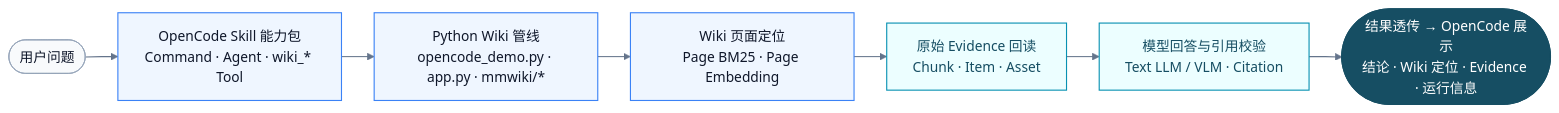
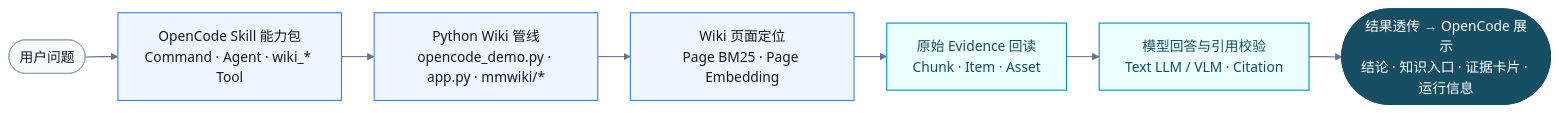
The first of 3 diagrams in .opencode/skills/multimodal-wiki/README.md (yooa722/multimodal-llm-wiki), drawn with Mermaid before and after one commit. The commit also changed other lines of this file and 27 other files, not shown here.

First line of the commit message:
feat: 完善多模态处理路由与 OpenCode 证据展示

````diff
--- a/.opencode/skills/multimodal-wiki/README.md
+++ b/.opencode/skills/multimodal-wiki/README.md
@@ -25,20 +25,20 @@
 ```mermaid
 %%{init: {"theme":"base","flowchart":{"curve":"linear","nodeSpacing":28,"rankSpacing":38},"themeVariables":{"fontFamily":"Inter, -apple-system, BlinkMacSystemFont, Segoe UI, sans-serif"}}}%%
 flowchart LR
     U(["用户问题"]) --> O["OpenCode Skill 能力包<br/>Command · Agent · wiki_* Tool"]
     O --> P["Python Wiki 管线<br/>opencode_demo.py · app.py · mmwiki/*"]
     P --> W["Wiki 页面定位<br/>Page BM25 · Page Embedding"]
     W --> E["原始 Evidence 回读<br/>Chunk · Item · Asset"]
     E --> M["模型回答与引用校验<br/>Text LLM / VLM · Citation"]
-    M --> R(["结果透传 → OpenCode 展示<br/>结论 · Wiki 定位 · Evidence · 运行信息"])
+    M --> R(["结果透传 → OpenCode 展示<br/>结论 · 知识入口 · 证据卡片 · 运行信息"])
 
     class U neutral
     class O,P,W core
     class E,M multimodal
     class R result
     classDef neutral fill:#F8FAFC,stroke:#94A3B8,color:#0F172A,stroke-width:1px
     classDef core fill:#EFF6FF,stroke:#3B82F6,color:#0F172A,stroke-width:1.3px
     classDef multimodal fill:#ECFEFF,stroke:#0891B2,color:#164E63,stroke-width:1.3px
     classDef result fill:#164E63,stroke:#164E63,color:#FFFFFF,stroke-width:1.3px
     linkStyle default stroke:#64748B,stroke-width:1.2px
 ```
````
